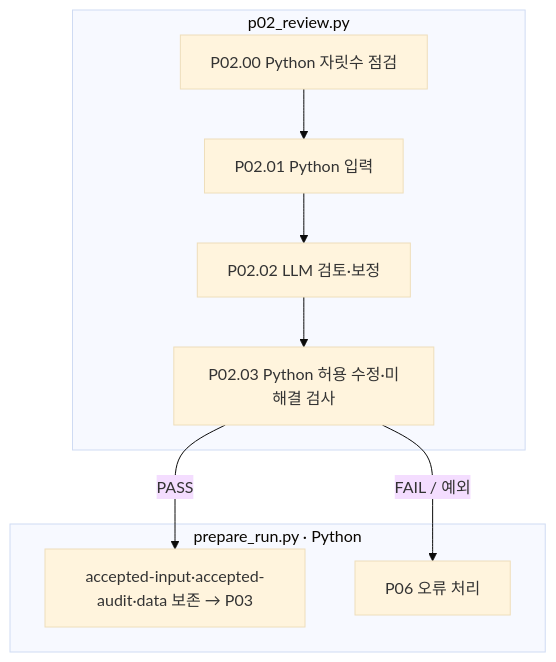
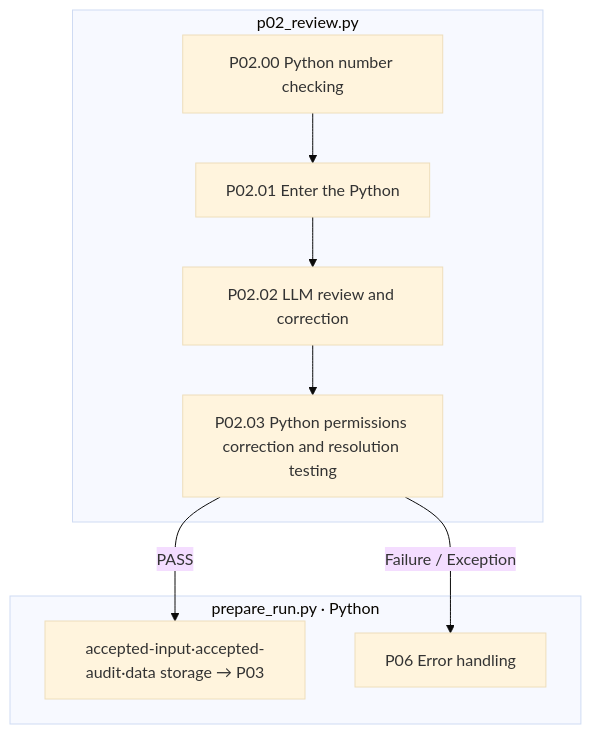
The diagram in src/finarch/documentation/templates/stages/01-dataset/01-preparation/02-review/README.md (pnu-clink/finject), drawn with Mermaid (base theme) before and after one commit. The commit also changed other lines of this file and 644 other files, not shown here.

````diff
--- a/src/finarch/documentation/templates/stages/01-dataset/01-preparation/02-review/README.md
+++ b/src/finarch/documentation/templates/stages/01-dataset/01-preparation/02-review/README.md
@@ -21,11 +21,11 @@
 ```mermaid
 flowchart TD
  subgraph P["p02_review.py"]
-  Q["P02.00 Python 자릿수 점검"] --> A["P02.01 Python 입력"] --> B["P02.02 LLM 검토·보정"]
-  B --> C["P02.03 Python 허용 수정·미해결 검사"]
+  Q["P02.00 Python number checking"] --> A["P02.01 Enter the Python"] --> B["P02.02 LLM review and correction"]
+  B --> C["P02.03 Python permissions correction and resolution testing"]
  end
  subgraph R["prepare_run.py · Python"]
-  C -->|PASS| D["accepted-input·accepted-audit·data 보존 → P03"]
-  C -->|FAIL / 예외| E["P06 오류 처리"]
+  C -->|PASS| D["accepted-input·accepted-audit·data storage → P03"]
+  C -->|Failure / Exception| E["P06 Error handling"]
  end
 ```
````
